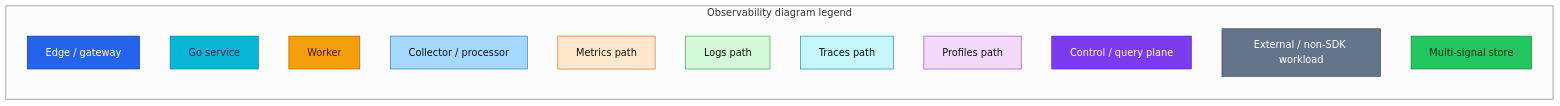
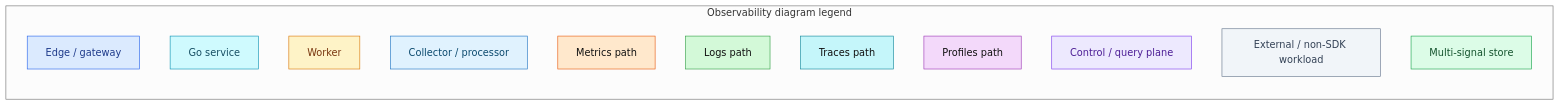
Before and after one commit to duynhlab/homelab: the second of 5 diagrams in docs/observability/README.md, drawn with Mermaid (neutral theme). The commit also changed other lines of this file and 174 other files, not shown here.

First line of the commit message:
Soft-tint diagram palette, a signal-flow diagram, a Linux-ready Draw.io skill

````diff
--- a/docs/observability/README.md
+++ b/docs/observability/README.md
@@ -103,28 +104,28 @@
 ```mermaid
 graph LR
     subgraph Legend["Observability diagram legend"]
         Edge["Edge / gateway"]:::edge
         Service["Go service"]:::service
         Worker["Worker"]:::worker
         Collector["Collector / processor"]:::collector
         Metric["Metrics path"]:::metric
         Log["Logs path"]:::log
         Trace["Traces path"]:::trace
         Profile["Profiles path"]:::profile
         Platform["Control / query plane"]:::platform
         External["External / non-SDK workload"]:::external
         Data["Multi-signal store"]:::data
     end
 
-    classDef edge fill:#2563eb,color:#fff,stroke:#1e3a8a;
-    classDef service fill:#06b6d4,color:#082f49,stroke:#0e7490;
-    classDef worker fill:#f59e0b,color:#451a03,stroke:#b45309;
-    classDef platform fill:#7c3aed,color:#fff,stroke:#5b21b6;
-    classDef external fill:#64748b,color:#fff,stroke:#334155;
+    classDef edge fill:#dbeafe,color:#1e3a8a,stroke:#2563eb;
+    classDef service fill:#cffafe,color:#164e63,stroke:#0891b2;
+    classDef worker fill:#fef3c7,color:#78350f,stroke:#d97706;
+    classDef platform fill:#ede9fe,color:#4c1d95,stroke:#7c3aed;
+    classDef external fill:#f1f5f9,color:#334155,stroke:#64748b;
     classDef metric fill:#ffe8cc,color:#111,stroke:#e8590c;
     classDef log fill:#d3f9d8,color:#111,stroke:#2f9e44;
     classDef trace fill:#c5f6fa,color:#111,stroke:#0c8599;
     classDef profile fill:#f3d9fa,color:#111,stroke:#9c36b5;
-    classDef collector fill:#a5d8ff,color:#111,stroke:#1971c2;
-    classDef data fill:#22c55e,color:#052e16,stroke:#15803d;
+    classDef collector fill:#e0f2fe,color:#0c4a6e,stroke:#1971c2;
+    classDef data fill:#dcfce7,color:#14532d,stroke:#16a34a;
 ```
````
